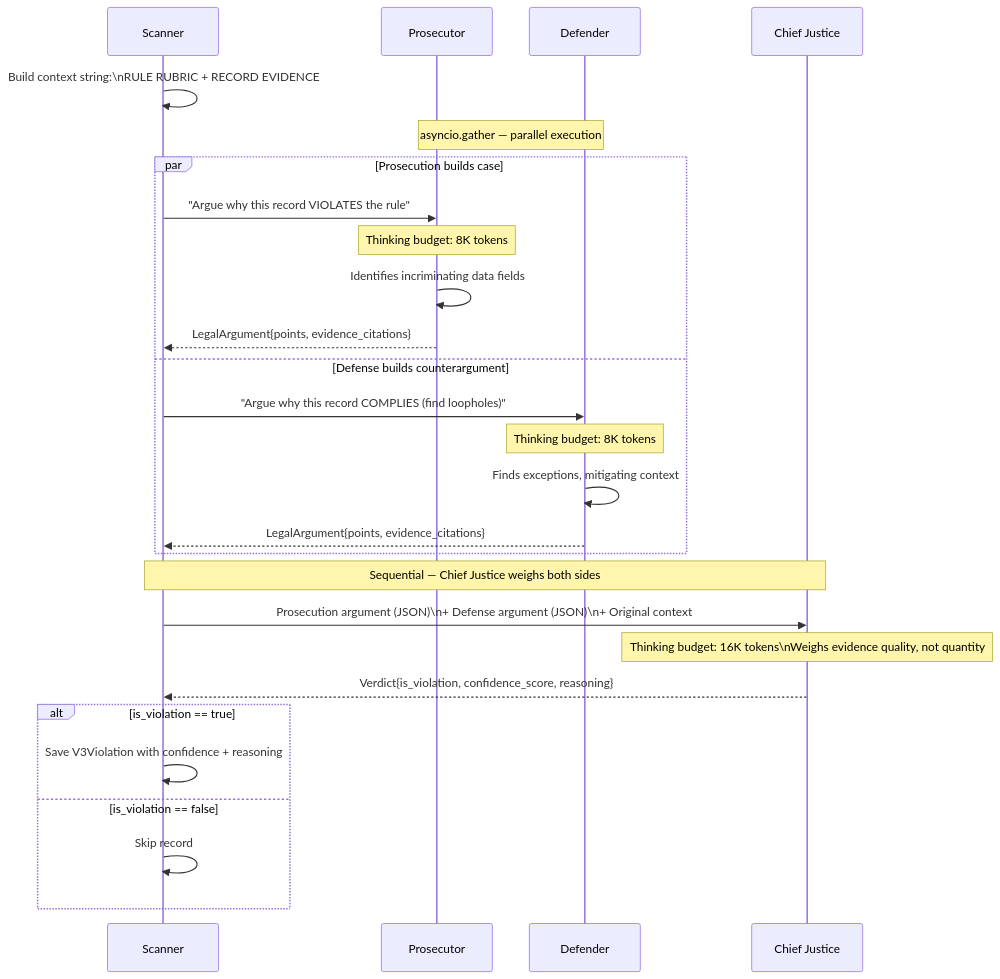
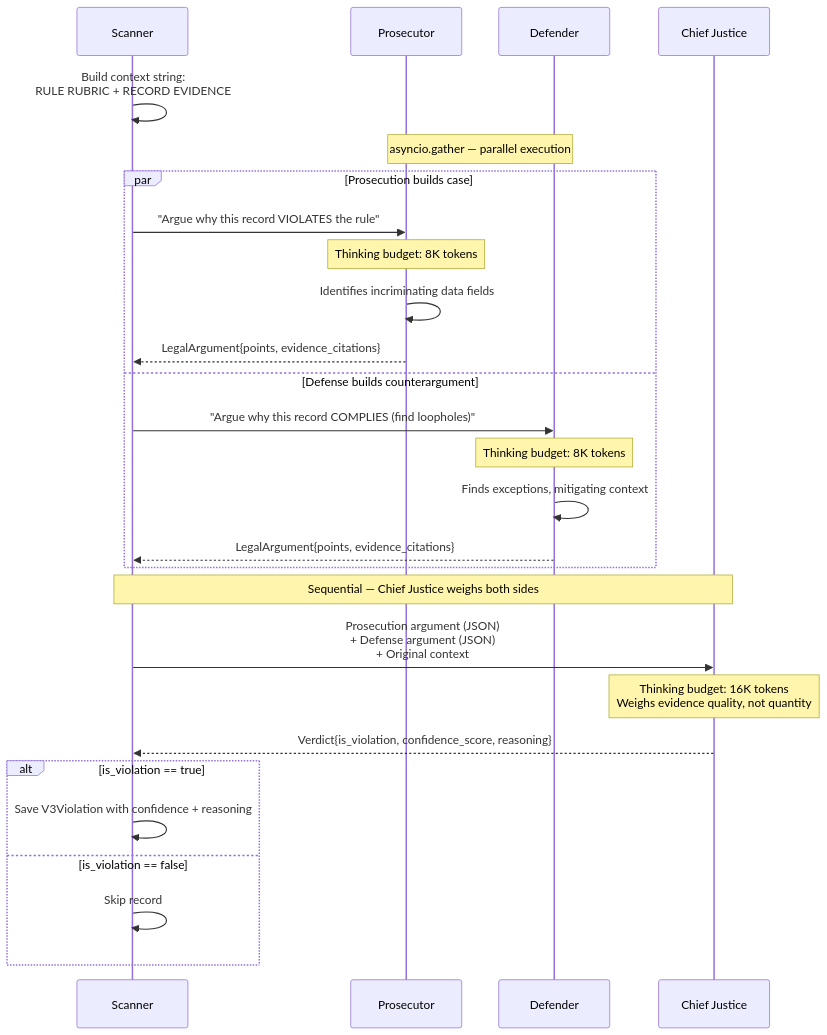
One commit to ShivamB25/TraceRule changed the fourth of 9 diagrams in docs/AGENT_COLLABORATION.md. Above: the diagram before and after it, drawn with Mermaid. The commit also changed other lines of this file, not shown here.

Commit message:
docs: Improve readability and rendering of diagrams in AGENT_COLLABORATION.md by replacing newlines with HTML breaks and clarifying text descriptions.

````diff
--- a/docs/AGENT_COLLABORATION.md
+++ b/docs/AGENT_COLLABORATION.md
@@ -204,33 +204,33 @@
 ```mermaid
 sequenceDiagram
     participant S as Scanner
     participant P as Prosecutor
     participant D as Defender
     participant J as Chief Justice
 
-    S->>S: Build context string:\nRULE RUBRIC + RECORD EVIDENCE
+    S->>S: Build context string:<br/>RULE RUBRIC + RECORD EVIDENCE
 
     Note over P,D: asyncio.gather — parallel execution
     par Prosecution builds case
         S->>P: "Argue why this record VIOLATES the rule"
         Note over P: Thinking budget: 8K tokens
         P->>P: Identifies incriminating data fields
         P-->>S: LegalArgument{points, evidence_citations}
     and Defense builds counterargument
         S->>D: "Argue why this record COMPLIES (find loopholes)"
         Note over D: Thinking budget: 8K tokens
         D->>D: Finds exceptions, mitigating context
         D-->>S: LegalArgument{points, evidence_citations}
     end
 
     Note over S,J: Sequential — Chief Justice weighs both sides
-    S->>J: Prosecution argument (JSON)\n+ Defense argument (JSON)\n+ Original context
-    Note over J: Thinking budget: 16K tokens\nWeighs evidence quality, not quantity
+    S->>J: Prosecution argument (JSON)<br/>+ Defense argument (JSON)<br/>+ Original context
+    Note over J: Thinking budget: 16K tokens<br/>Weighs evidence quality, not quantity
     J-->>S: Verdict{is_violation, confidence_score, reasoning}
 
     alt is_violation == true
         S->>S: Save V3Violation with confidence + reasoning
     else is_violation == false
         S->>S: Skip record
     end
 ```
````
